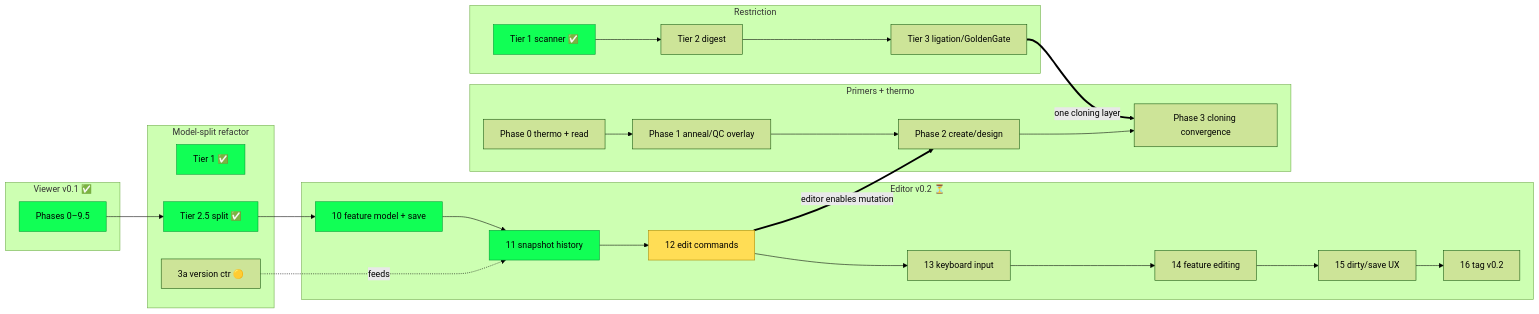
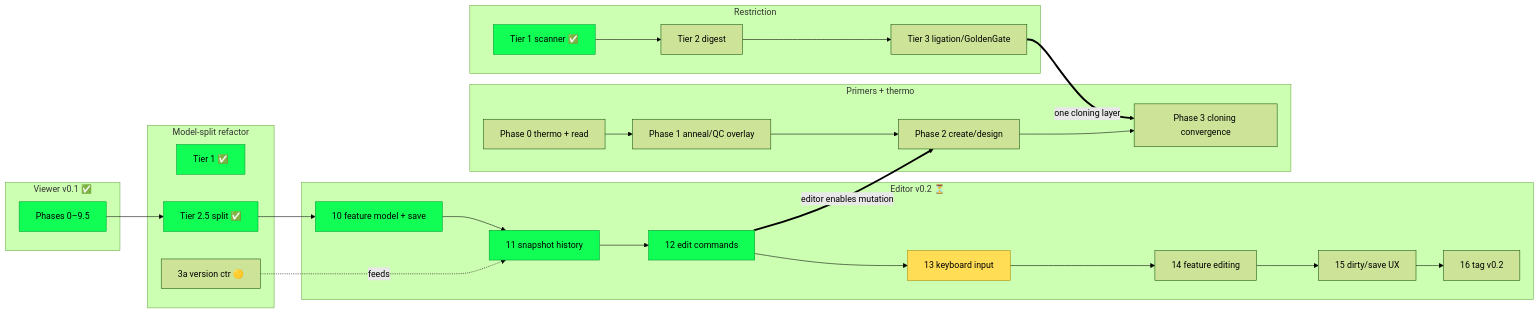
The diagram in ROADMAP.md (cmoscy/seqforge), drawn with Mermaid (forest theme) before and after one commit. The commit also changed other lines of this file and 4 other files, not shown here.

````diff
--- a/ROADMAP.md
+++ b/ROADMAP.md
@@ -44,47 +44,47 @@
 ```mermaid
 flowchart LR
     subgraph viewer["Viewer v0.1 ✅"]
         V[Phases 0–9.5]
     end
     subgraph refactor["Model-split refactor"]
         R1[Tier 1 ✅]
         R25[Tier 2.5 split ✅]
         R3a[3a version ctr 🟡]
     end
     subgraph editor["Editor v0.2 ⏳"]
         E10[10 feature model + save]
         E11[11 snapshot history]
         E12[12 edit commands]
         E13[13 keyboard input]
         E14[14 feature editing]
         E15[15 dirty/save UX]
         E16[16 tag v0.2]
     end
     subgraph restr["Restriction"]
         T1[Tier 1 scanner ✅]
         T2[Tier 2 digest]
         T3[Tier 3 ligation/GoldenGate]
     end
     subgraph primer["Primers + thermo"]
         P0[Phase 0 thermo + read]
         P1[Phase 1 anneal/QC overlay]
         P2[Phase 2 create/design]
         P3[Phase 3 cloning convergence]
     end
 
     V --> R25
     R25 --> E10
     R3a -.feeds.-> E11
     E10 --> E11 --> E12 --> E13 --> E14 --> E15 --> E16
 
     T1 --> T2 --> T3
     P0 --> P1 --> P2 --> P3
 
     E12 ==>|editor enables mutation| P2
     T3 ==>|one cloning layer| P3
 
     classDef done fill:#1f5,stroke:#093,color:#000;
     classDef next fill:#fd5,stroke:#a80,color:#000;
-    class V,R1,R25,T1,E10,E11 done;
-    class E12 next;
+    class V,R1,R25,T1,E10,E11,E12 done;
+    class E13 next;
 ```
````
